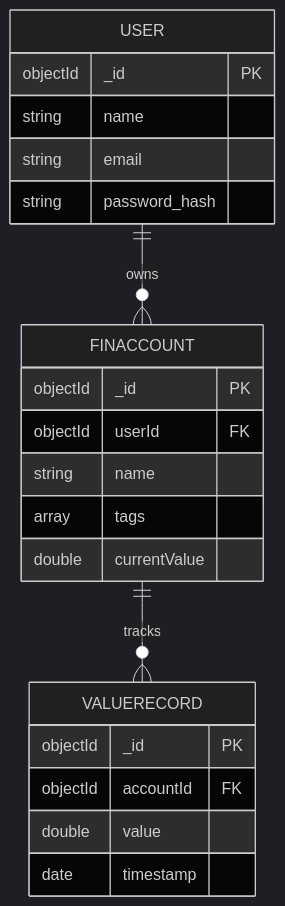
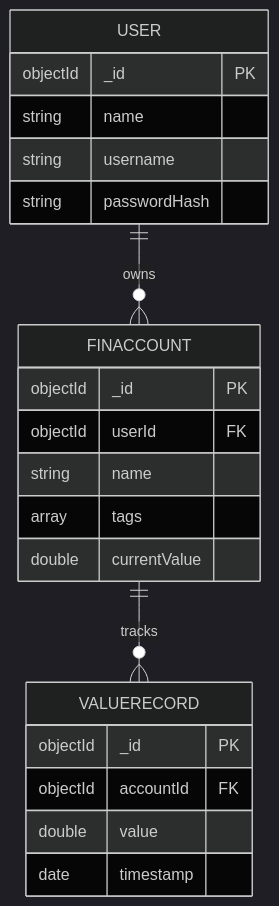
One commit to jc98w/FinanceDashboard changed the diagram in docs/db_schema.mmd. Above: the diagram before and after it, drawn with Mermaid (dark theme). The commit also changed 5 other files, not shown here.

```diff
--- a/docs/db_schema.mmd
+++ b/docs/db_schema.mmd
@@ -1,25 +1,25 @@
 erDiagram
     USER {
         objectId _id PK
         string name
-        string email
-        string password_hash
+        string username
+        string passwordHash
     }
 
     FINACCOUNT {
         objectId _id PK
         objectId userId FK
         string name
         array tags
         double currentValue
     }
 
     VALUERECORD {
         objectId _id PK
         objectId accountId FK
         double value
         date timestamp
     }
 
     USER ||--o{ FINACCOUNT : "owns"
     FINACCOUNT ||--o{ VALUERECORD : "tracks"
```
